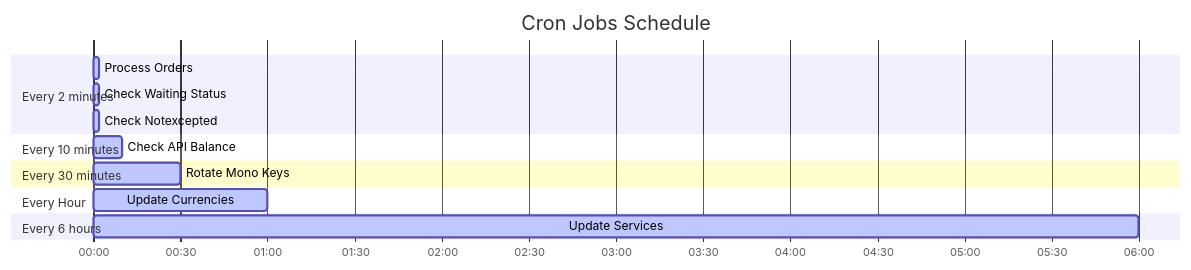
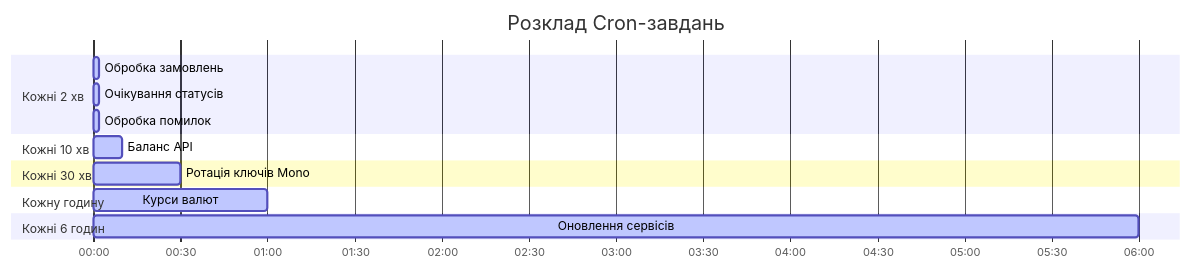
One commit to Nessq/smmlove changed the sixth of 9 diagrams in README.md. Above: the diagram before and after it, drawn with Mermaid. The commit also changed other lines of this file, not shown here.

````diff
--- a/README.md
+++ b/README.md
@@ -427,23 +427,23 @@
 ```mermaid
 gantt
-    title Cron Jobs Schedule
+    title Розклад Cron-завдань
     dateFormat HH:mm
     axisFormat %H:%M
-    
-    section Every 2 minutes
-    Process Orders     :active, proc1, 00:00, 00:02
-    Check Waiting Status :active, wait1, 00:00, 00:02
-    Check Notexcepted   :active, note1, 00:00, 00:02
-    
-    section Every 10 minutes
-    Check API Balance   :active, bal1, 00:00, 00:10
-    
-    section Every 30 minutes
-    Rotate Mono Keys    :active, mono1, 00:00, 00:30
-    
-    section Every Hour
-    Update Currencies   :active, curr1, 00:00, 01:00
-    
-    section Every 6 hours
-    Update Services     :active, serv1, 00:00, 06:00
+
+    section Кожні 2 хв
+    Обробка замовлень :active, proc1, 00:00, 00:02
+    Очікування статусів :active, wait1, 00:00, 00:02
+    Обробка помилок :active, note1, 00:00, 00:02
+
+    section Кожні 10 хв
+    Баланс API :active, bal1, 00:00, 00:10
+
+    section Кожні 30 хв
+    Ротація ключів Mono :active, mono1, 00:00, 00:30
+
+    section Кожну годину
+    Курси валют :active, curr1, 00:00, 01:00
+
+    section Кожні 6 годин
+    Оновлення сервісів :active, serv1, 00:00, 06:00
 ```
````
